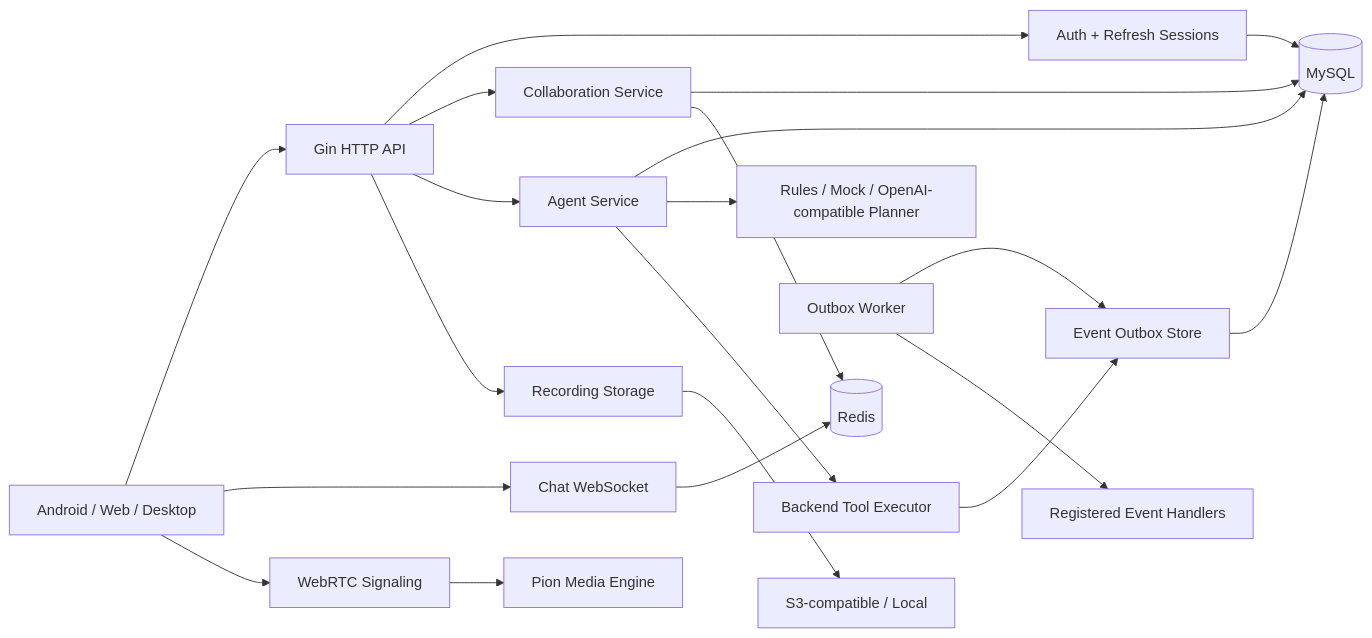
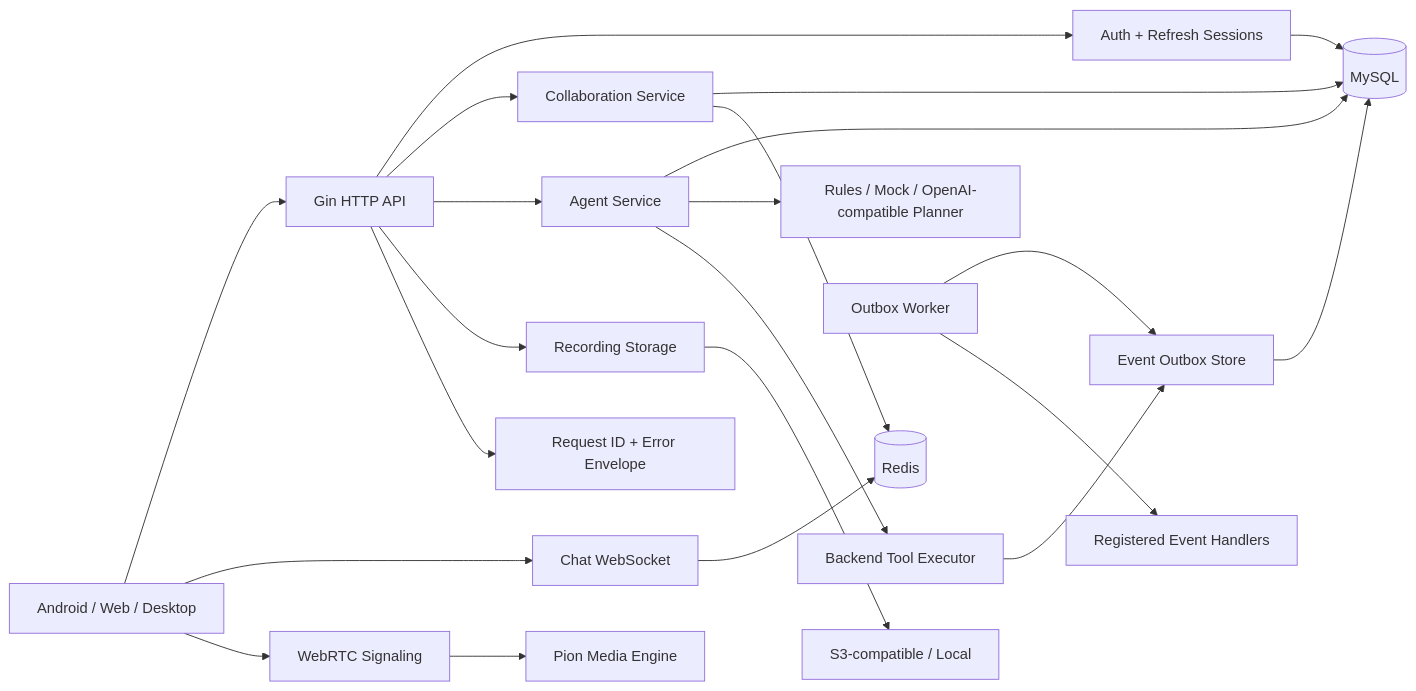
The first of 3 diagrams in docs/interview/system-design.md (XianingY/AllCallAll), drawn with Mermaid before and after one commit. The commit also changed other lines of this file and 21 other files, not shown here.

Commit message:
Propagate request trace through async backend

````diff
--- a/docs/interview/system-design.md
+++ b/docs/interview/system-design.md
@@ -11,27 +11,28 @@
 ```mermaid
 flowchart LR
     Client["Android / Web / Desktop"] --> API["Gin HTTP API"]
     Client --> WS["Chat WebSocket"]
     Client --> RTC["WebRTC Signaling"]
 
     API --> Auth["Auth + Refresh Sessions"]
     API --> Collab["Collaboration Service"]
     API --> Agent["Agent Service"]
     API --> Storage["Recording Storage"]
+    API --> Trace["Request ID + Error Envelope"]
 
     Collab --> MySQL[("MySQL")]
     Auth --> MySQL
     Agent --> MySQL
     Storage --> S3["S3-compatible / Local"]
 
     Collab --> Redis[("Redis")]
     WS --> Redis
     RTC --> Media["Pion Media Engine"]
 
     Agent --> Planner["Rules / Mock / OpenAI-compatible Planner"]
     Agent --> Tools["Backend Tool Executor"]
     Tools --> Outbox["Event Outbox Store"]
     Outbox --> MySQL
     Worker["Outbox Worker"] --> Outbox
     Worker --> Handlers["Registered Event Handlers"]
 ```
````
